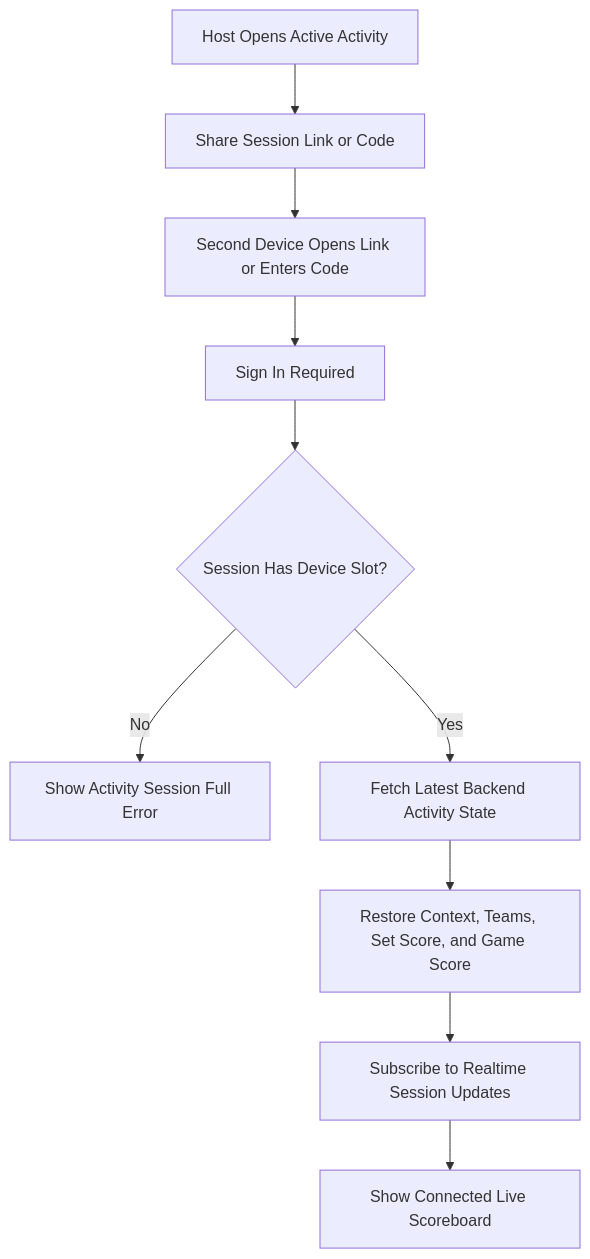
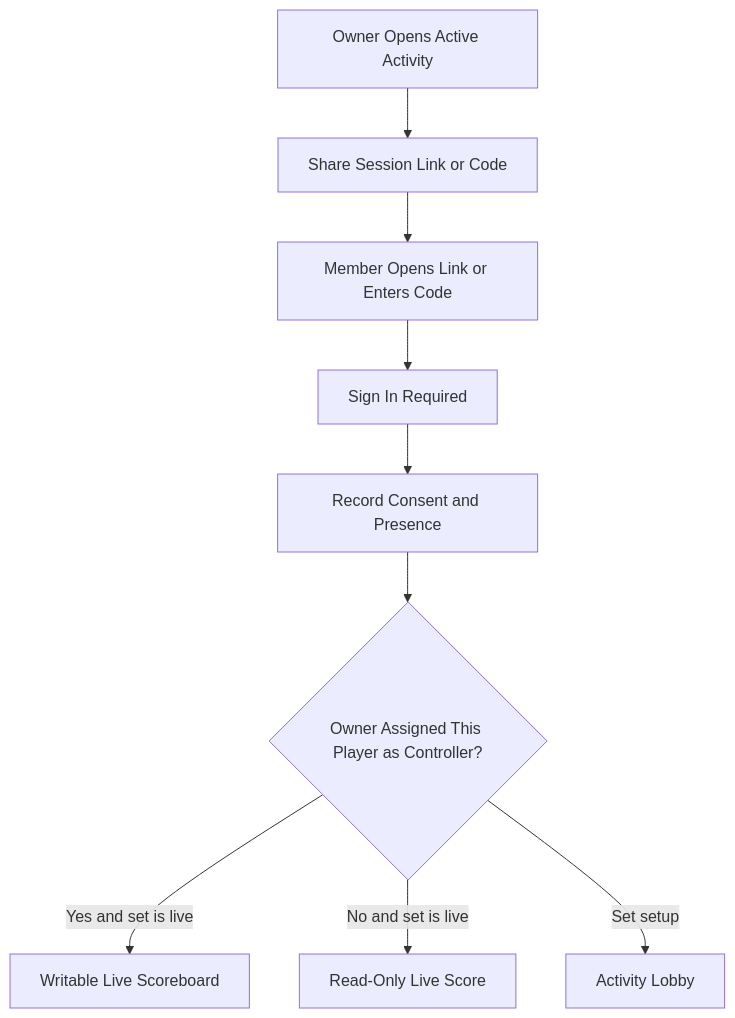
The eighth of 25 diagrams in docs/04-project-diagrams.md (yogzis/Padel-Mate), drawn with Mermaid before and after one commit. The commit also changed other lines of this file and 17 other files, not shown here.

First line of the commit message:
Give each activity an owner who assigns live-score devices.

````diff
--- a/docs/04-project-diagrams.md
+++ b/docs/04-project-diagrams.md
@@ -208,12 +208,11 @@
 ```mermaid
 flowchart TD
-  A[Host Opens Active Activity] --> B[Share Session Link or Code]
-  B --> C[Second Device Opens Link or Enters Code]
+  A[Owner Opens Active Activity] --> B[Share Session Link or Code]
+  B --> C[Member Opens Link or Enters Code]
   C --> D[Sign In Required]
-  D --> E{Session Has Device Slot?}
-  E -->|No| F[Show Activity Session Full Error]
-  E -->|Yes| G[Fetch Latest Backend Activity State]
-  G --> H[Restore Context, Teams, Set Score, and Game Score]
-  H --> I[Subscribe to Realtime Session Updates]
-  I --> J[Show Connected Live Scoreboard]
+  D --> E[Record Consent and Presence]
+  E --> F{Owner Assigned This Player as Controller?}
+  F -->|Yes and set is live| G[Writable Live Scoreboard]
+  F -->|No and set is live| H[Read-Only Live Score]
+  F -->|Set setup| I[Activity Lobby]
 ```
````
